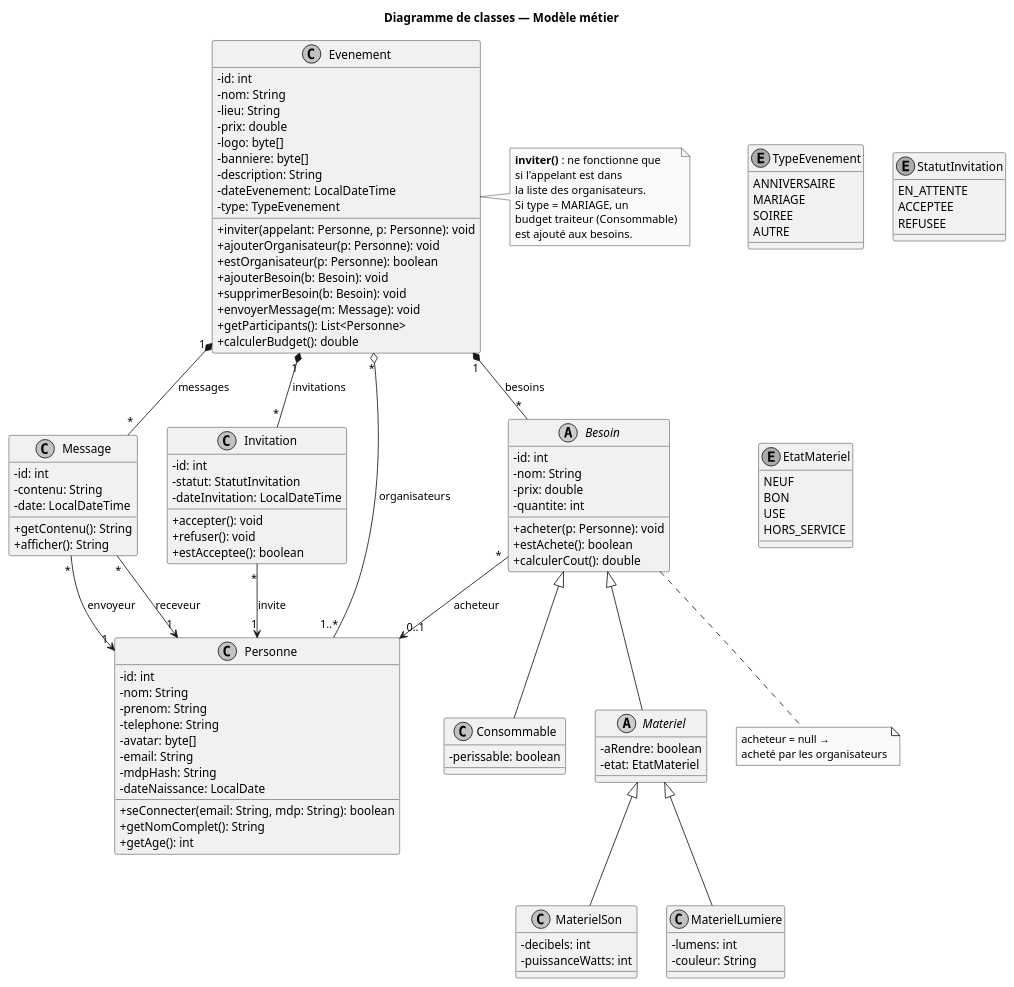
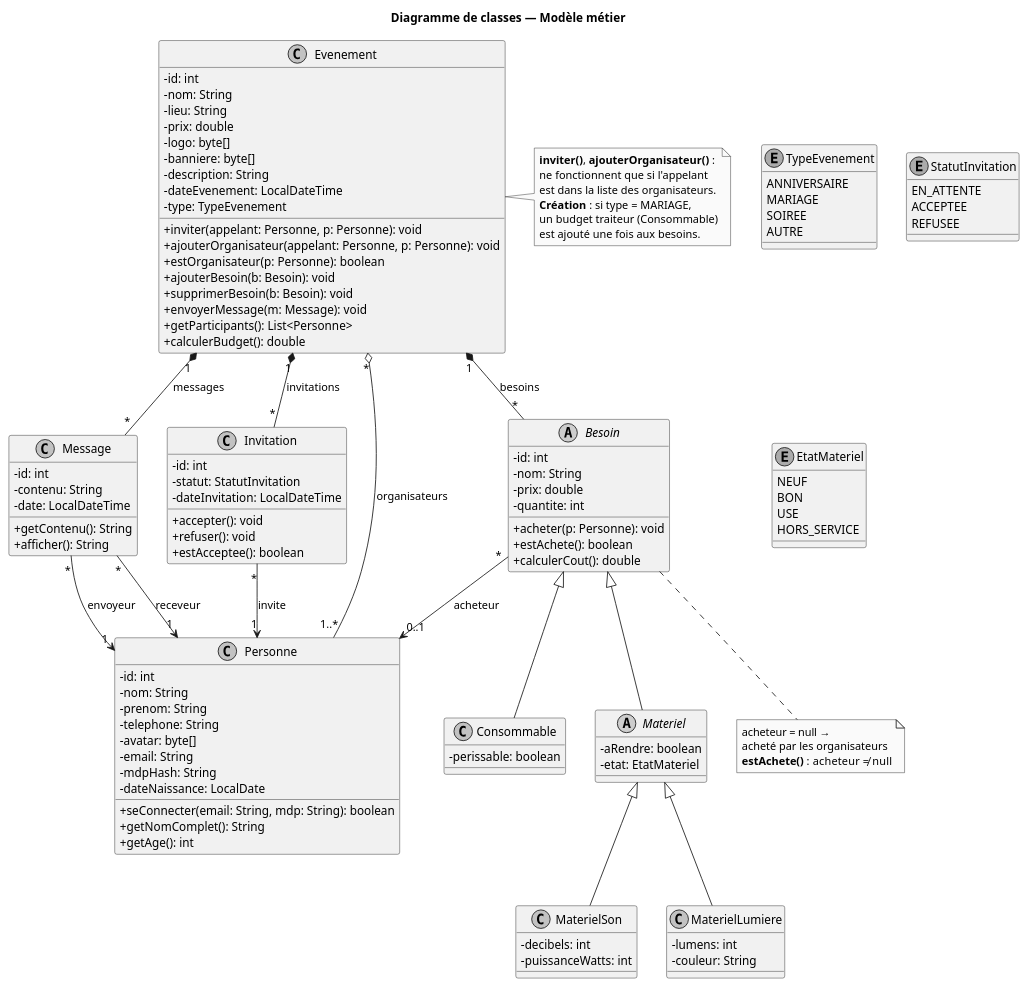
Before and after one commit to Tactiis239/gestion-event: the diagram in doc/uml/classes.puml, drawn with PlantUML. The commit also changed 3 other files, not shown here.

Commit message:
Conception : budget traiteur à la création, ajouterOrganisateur avec appelant, sens de estAchete()

```diff
--- a/doc/uml/classes.puml
+++ b/doc/uml/classes.puml
@@ -1,136 +1,136 @@
 @startuml classes
 skinparam shadowing false
 skinparam monochrome true
 skinparam defaultFontName Helvetica
 skinparam classAttributeIconSize 0
 
 title Diagramme de classes — Modèle métier
 
 class Evenement {
   -id: int
   -nom: String
   -lieu: String
   -prix: double
   -logo: byte[]
   -banniere: byte[]
   -description: String
   -dateEvenement: LocalDateTime
   -type: TypeEvenement
   +inviter(appelant: Personne, p: Personne): void
-  +ajouterOrganisateur(p: Personne): void
+  +ajouterOrganisateur(appelant: Personne, p: Personne): void
   +estOrganisateur(p: Personne): boolean
   +ajouterBesoin(b: Besoin): void
   +supprimerBesoin(b: Besoin): void
   +envoyerMessage(m: Message): void
   +getParticipants(): List<Personne>
   +calculerBudget(): double
 }
 
 enum TypeEvenement {
   ANNIVERSAIRE
   MARIAGE
   SOIREE
   AUTRE
 }
 
 class Message {
   -id: int
   -contenu: String
   -date: LocalDateTime
   +getContenu(): String
   +afficher(): String
 }
 
 class Invitation {
   -id: int
   -statut: StatutInvitation
   -dateInvitation: LocalDateTime
   +accepter(): void
   +refuser(): void
   +estAcceptee(): boolean
 }
 
 enum StatutInvitation {
   EN_ATTENTE
   ACCEPTEE
   REFUSEE
 }
 
 enum EtatMateriel {
   NEUF
   BON
   USE
   HORS_SERVICE
 }
 
 abstract class Besoin {
   -id: int
   -nom: String
   -prix: double
   -quantite: int
   +acheter(p: Personne): void
   +estAchete(): boolean
   +calculerCout(): double
 }
 
 class Consommable {
   -perissable: boolean
 }
 
 abstract class Materiel {
   -aRendre: boolean
   -etat: EtatMateriel
 }
 
 class MaterielSon {
   -decibels: int
   -puissanceWatts: int
 }
 
 class MaterielLumiere {
   -lumens: int
   -couleur: String
 }
 
 class Personne {
   -id: int
   -nom: String
   -prenom: String
   -telephone: String
   -avatar: byte[]
   -email: String
   -mdpHash: String
   -dateNaissance: LocalDate
   +seConnecter(email: String, mdp: String): boolean
   +getNomComplet(): String
   +getAge(): int
 }
 
 Evenement "*" o-- "1..*" Personne : organisateurs
 Evenement "1" *-- "*" Invitation : invitations
 Evenement "1" *-- "*" Besoin : besoins
 Evenement "1" *-- "*" Message : messages
 
 Message "*" --> "1" Personne : envoyeur
 Message "*" --> "1" Personne : receveur
 Invitation "*" --> "1" Personne : invite
 Besoin "*" --> "0..1" Personne : acheteur
 
 Besoin <|-- Consommable
 Besoin <|-- Materiel
 Materiel <|-- MaterielSon
 Materiel <|-- MaterielLumiere
 
 note right of Evenement
-  **inviter()** : ne fonctionne que
-  si l'appelant est dans
-  la liste des organisateurs.
-  Si type = MARIAGE, un
-  budget traiteur (Consommable)
-  est ajouté aux besoins.
+  **inviter()**, **ajouterOrganisateur()** :
+  ne fonctionnent que si l'appelant
+  est dans la liste des organisateurs.
+  **Création** : si type = MARIAGE,
+  un budget traiteur (Consommable)
+  est ajouté une fois aux besoins.
 end note
 
-note "acheteur = null →\nacheté par les organisateurs" as N2
+note "acheteur = null →\nacheté par les organisateurs\n**estAchete()** : acheteur ≠ null" as N2
 Besoin .. N2
 
 @enduml
```
